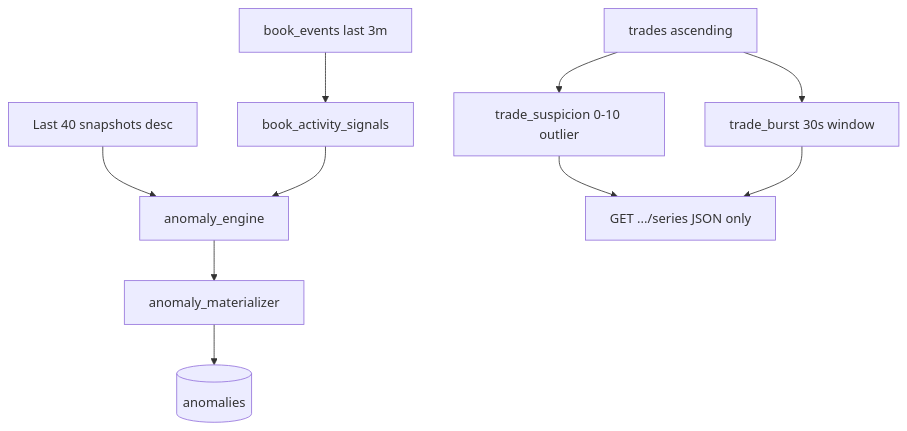
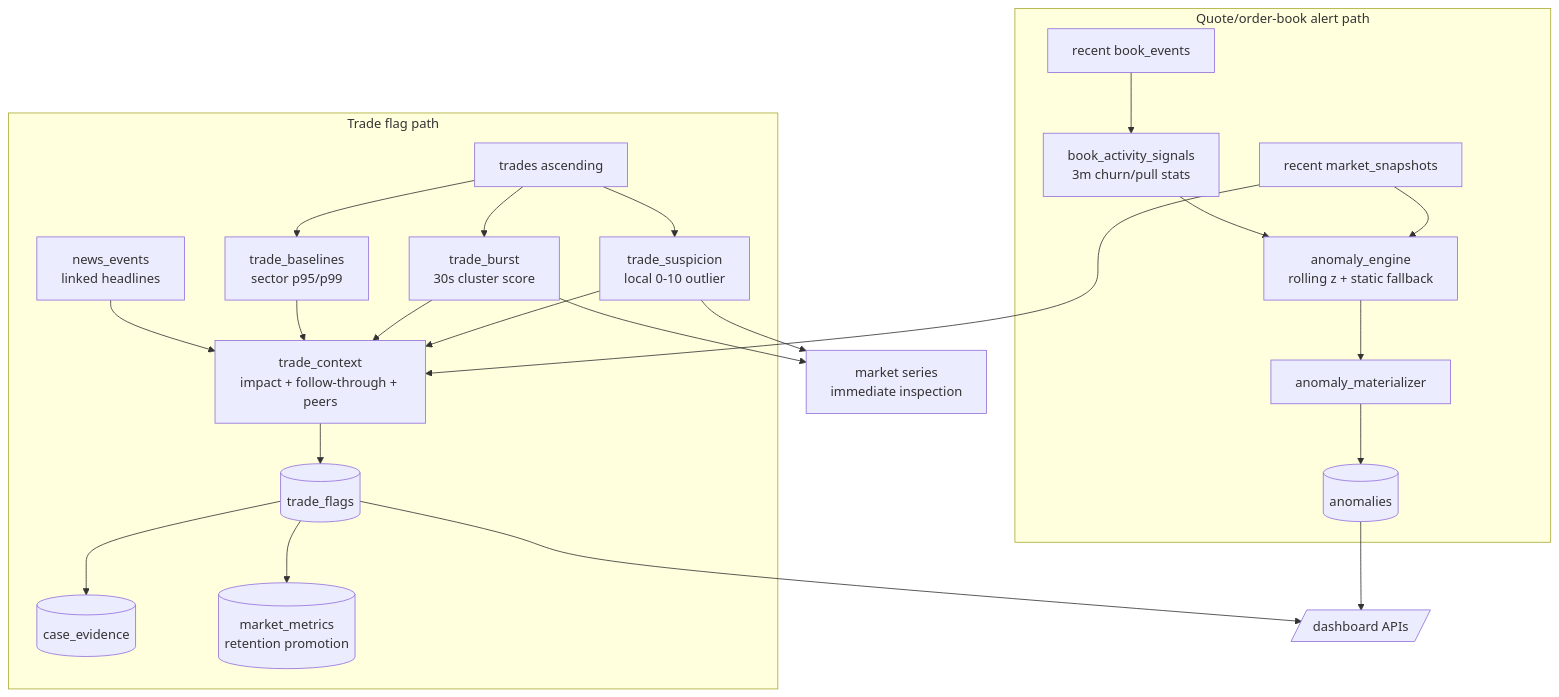
The third of 3 diagrams in README.md (hong-david/predictionmarkets), drawn with Mermaid before and after one commit. The commit also changed other lines of this file and 16 other files, not shown here.

Commit message:
Add contextual trade flags and news ingest

````diff
--- a/README.md
+++ b/README.md
@@ -149,12 +175,29 @@
 ```mermaid
 flowchart TD
-  SN[Last 40 snapshots desc] --> AE[anomaly_engine]
-  BE[book_events last 3m] --> BS[book_activity_signals]
-  BS --> AE
-  AE --> AM[anomaly_materializer]
-  AM --> AN[(anomalies)]
-  TR[trades ascending] --> TS[trade_suspicion 0-10 outlier]
-  TR --> TB[trade_burst 30s window]
-  TS --> SER[GET .../series JSON only]
+  subgraph QUOTE[Quote/order-book alert path]
+    SN[recent market_snapshots] --> AE[anomaly_engine\nrolling z + static fallback]
+    BE[recent book_events] --> BS[book_activity_signals\n3m churn/pull stats]
+    BS --> AE
+    AE --> AM[anomaly_materializer]
+    AM --> AN[(anomalies)]
+  end
+
+  subgraph TRADE[Trade flag path]
+    TR[trades ascending] --> TS[trade_suspicion\nlocal 0-10 outlier]
+    TR --> TB[trade_burst\n30s cluster score]
+    TR --> BL[trade_baselines\nsector p95/p99]
+    TS --> TC[trade_context\nimpact + follow-through + peers]
+    TB --> TC
+    BL --> TC
+    SN --> TC
+    NE[news_events\nlinked headlines] --> TC
+    TC --> TF[(trade_flags)]
+    TF --> CE[(case_evidence)]
+    TF --> MM[(market_metrics\nretention promotion)]
+  end
+
+  AN --> API3[/dashboard APIs/]
+  TF --> API3
+  TS --> SER[market series\nimmediate inspection]
   TB --> SER
 ```
````
